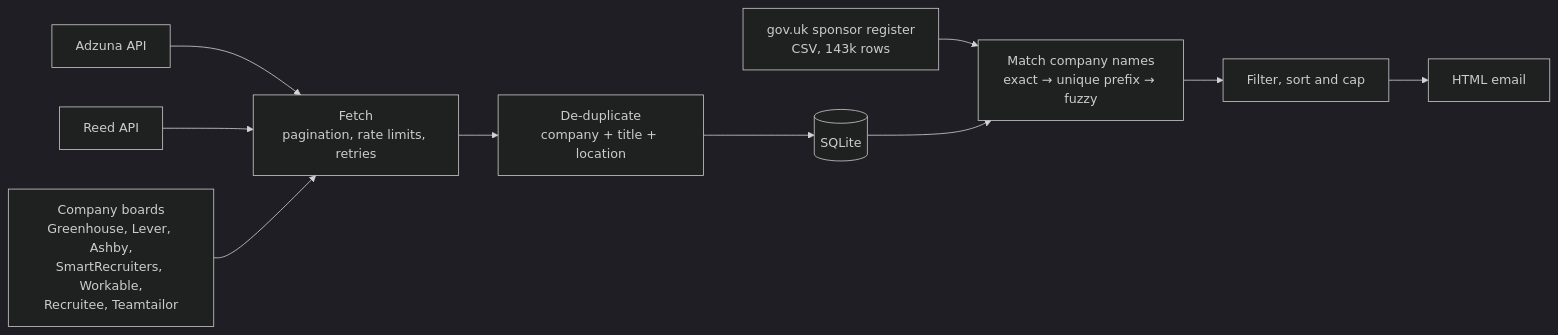
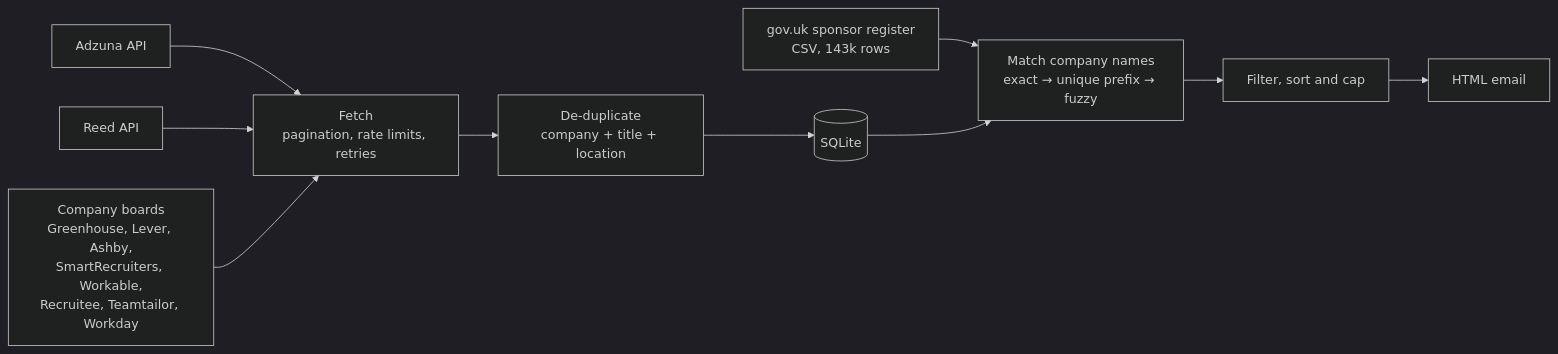
One commit to hjeesum/grady changed the diagram in README.md. Above: the diagram before and after it, drawn with Mermaid (dark theme). The commit also changed other lines of this file and 11 other files, not shown here.

````diff
--- a/README.md
+++ b/README.md
@@ -31,12 +31,12 @@
 ```mermaid
 flowchart LR
     A[Adzuna API] --> F[Fetch<br/>pagination, rate limits, retries]
     R[Reed API] --> F
-    B[Company boards<br/>Greenhouse, Lever, Ashby,<br/>SmartRecruiters, Workable,<br/>Recruitee, Teamtailor] --> F
+    B[Company boards<br/>Greenhouse, Lever, Ashby,<br/>SmartRecruiters, Workable,<br/>Recruitee, Teamtailor, Workday] --> F
     F --> D[De-duplicate<br/>company + title + location]
     D --> S[(SQLite)]
     G[gov.uk sponsor register<br/>CSV, 143k rows] --> M[Match company names<br/>exact → unique prefix → fuzzy]
     S --> M
     M --> E[Filter, sort and cap]
     E --> Mail[HTML email]
 ```
````
